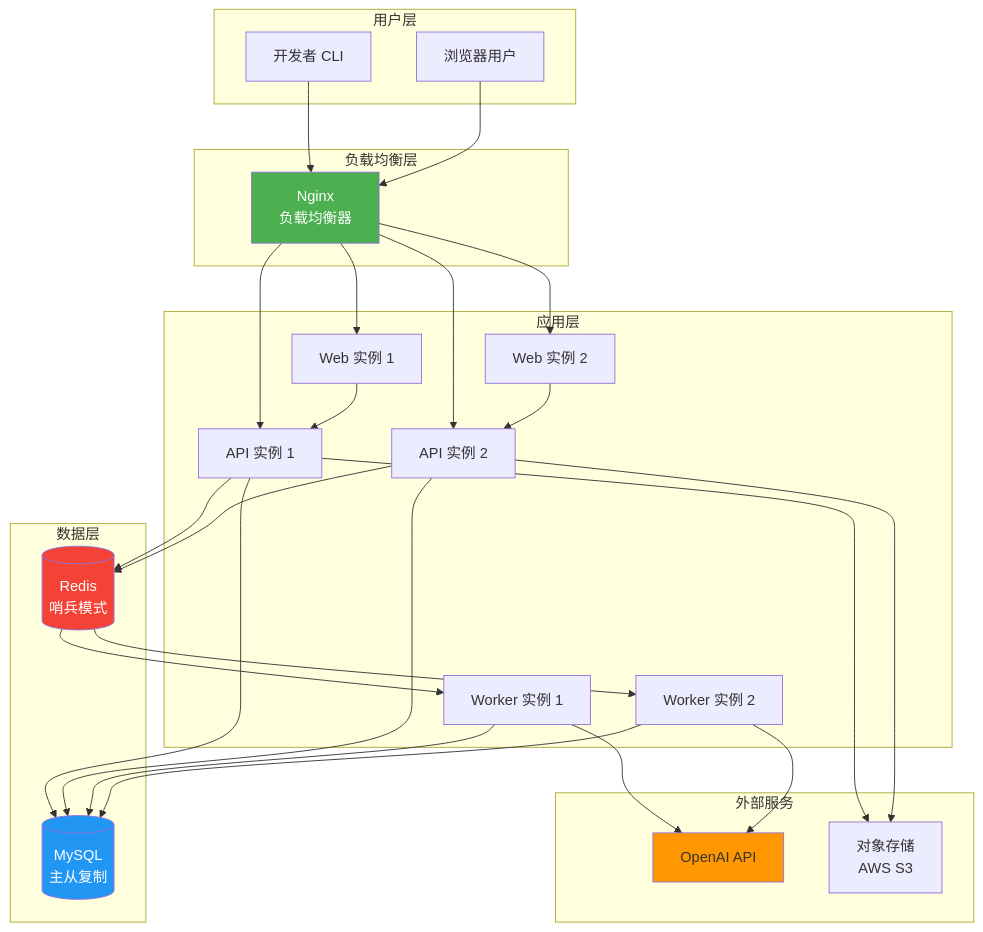
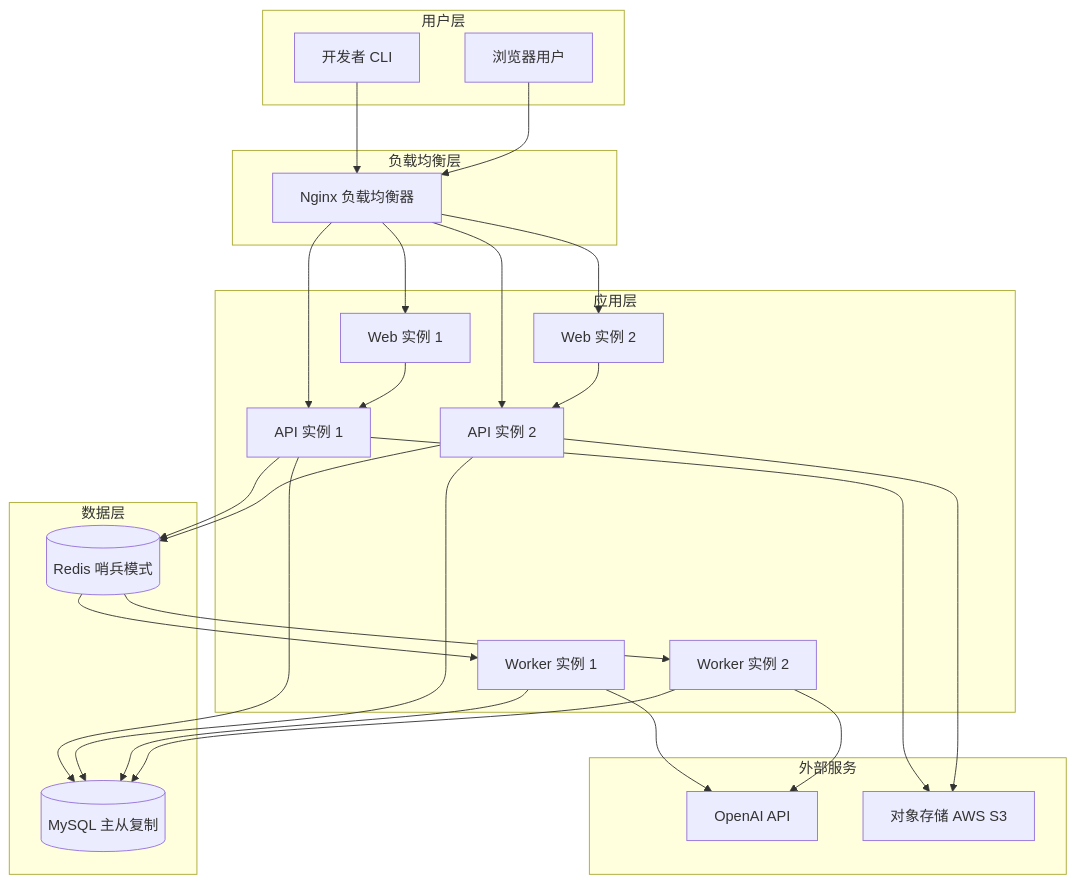
Before and after one commit to zhaotoday/translatex: diagram 19 of 19 in workflows-diagrams.md, drawn with Mermaid. The commit also changed other lines of this file and 5 other files, not shown here.

````diff
--- a/workflows-diagrams.md
+++ b/workflows-diagrams.md
@@ -598,62 +560,57 @@
 ```mermaid
 graph TB
-    subgraph "用户层"
+    subgraph users["用户层"]
         U1[开发者 CLI]
         U2[浏览器用户]
     end
     
-    subgraph "负载均衡层"
-        LB[Nginx<br/>负载均衡器]
+    subgraph lb["负载均衡层"]
+        LB[Nginx 负载均衡器]
     end
     
-    subgraph "应用层"
+    subgraph app["应用层"]
         Web1[Web 实例 1]
         Web2[Web 实例 2]
         API1[API 实例 1]
         API2[API 实例 2]
         Worker1[Worker 实例 1]
         Worker2[Worker 实例 2]
     end
     
-    subgraph "数据层"
-        DB[(MySQL<br/>主从复制)]
-        Redis[(Redis<br/>哨兵模式)]
+    subgraph data["数据层"]
+        DB[(MySQL 主从复制)]
+        RedisDB[(Redis 哨兵模式)]
     end
     
-    subgraph "外部服务"
+    subgraph external["外部服务"]
         AI[OpenAI API]
-        OSS[对象存储<br/>AWS S3]
+        OSS[对象存储 AWS S3]
     end
     
     U1 --> LB
     U2 --> LB
     
     LB --> Web1
     LB --> Web2
     LB --> API1
     LB --> API2
     
     Web1 --> API1
     Web2 --> API2
     
     API1 --> DB
     API2 --> DB
-    API1 --> Redis
-    API2 --> Redis
+    API1 --> RedisDB
+    API2 --> RedisDB
     
-    Redis --> Worker1
-    Redis --> Worker2
+    RedisDB --> Worker1
+    RedisDB --> Worker2
     
     Worker1 --> DB
     Worker2 --> DB
     Worker1 --> AI
     Worker2 --> AI
     
     API1 --> OSS
     API2 --> OSS
-    
-    style LB fill:#4CAF50,color:#fff
-    style DB fill:#2196F3,color:#fff
-    style Redis fill:#f44336,color:#fff
-    style AI fill:#FF9800
 ```
````
